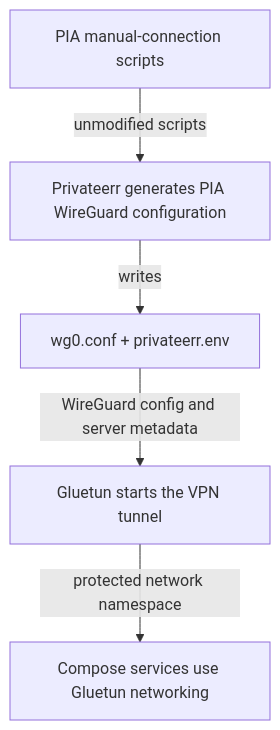
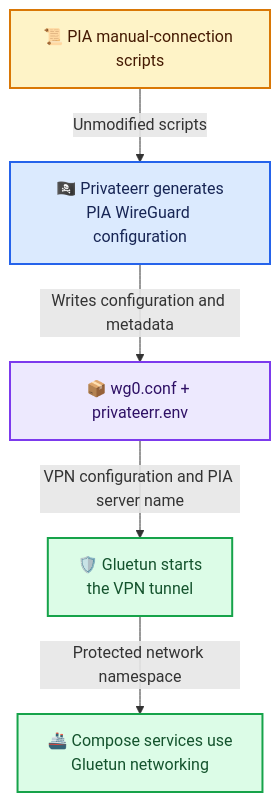
The diagram in README.md (scottgigawatt/privateerr), drawn with Mermaid before and after one commit.

Commit message:
🎨 Give the README crew their true colors

````diff
--- a/README.md
+++ b/README.md
@@ -63,13 +63,26 @@
 ```mermaid
 flowchart TB
-    PIA["PIA manual-connection scripts"]
-    Privateerr["Privateerr generates PIA WireGuard configuration"]
-    Files["wg0.conf + privateerr.env"]
-    Gluetun["Gluetun starts the VPN tunnel"]
-    Services["Compose services use Gluetun networking"]
+  accTitle: Privateerr configuration handoff
+  accDescr: Privateerr runs the unmodified PIA scripts and writes a WireGuard configuration plus server metadata. Gluetun uses those files to start the VPN tunnel, and other Compose services share Gluetun's protected network connection.
 
-    PIA -->|unmodified scripts| Privateerr
-    Privateerr -->|writes| Files
-    Files -->|WireGuard config and server metadata| Gluetun
-    Gluetun -->|protected network namespace| Services
+  PIA["📜 PIA manual-connection scripts"]
+  Privateerr["🏴‍☠️ Privateerr generates<br/>PIA WireGuard configuration"]
+  Files["📦 wg0.conf + privateerr.env"]
+  Gluetun["🛡️ Gluetun starts<br/>the VPN tunnel"]
+  Services["🚢 Compose services use<br/>Gluetun networking"]
+
+  PIA -->|"Unmodified scripts"| Privateerr
+  Privateerr -->|"Writes configuration and metadata"| Files
+  Files -->|"VPN configuration and PIA server name"| Gluetun
+  Gluetun -->|"Protected network namespace"| Services
+
+  classDef upstream fill:#fef3c7,stroke:#d97706,color:#451a03,stroke-width:2px
+  classDef generation fill:#dbeafe,stroke:#2563eb,color:#172554,stroke-width:2px
+  classDef handoff fill:#ede9fe,stroke:#7c3aed,color:#2e1065,stroke-width:2px
+  classDef connected fill:#dcfce7,stroke:#16a34a,color:#14532d,stroke-width:2px
+
+  class PIA upstream
+  class Privateerr generation
+  class Files handoff
+  class Gluetun,Services connected
 ```
````
